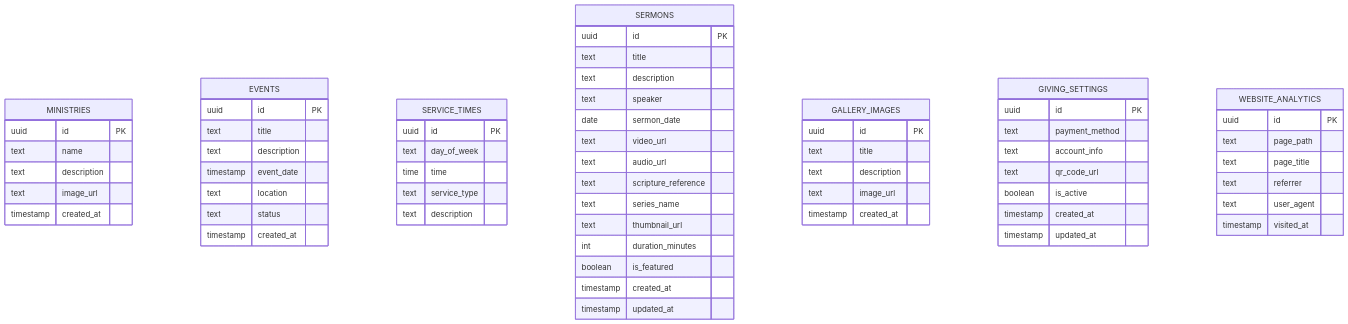
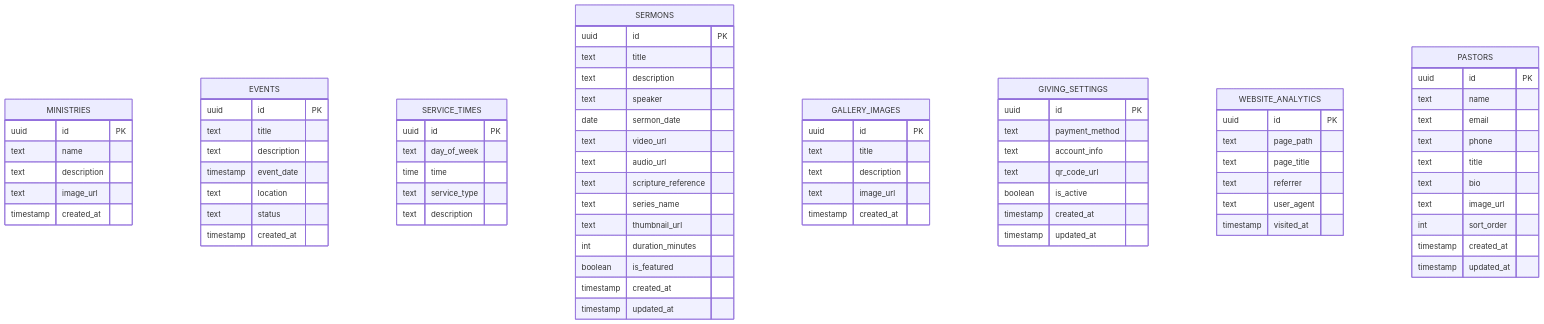
Before and after one commit to Thalanas110/icarewebsitenew: the fourth of 5 diagrams in documentations/ARCHITECTURE.md, drawn with Mermaid. The commit also changed other lines of this file and 7 other files, not shown here.

````diff
--- a/documentations/ARCHITECTURE.md
+++ b/documentations/ARCHITECTURE.md
@@ -390,4 +405,17 @@
         text user_agent
         timestamp visited_at
     }
+    
+    PASTORS {
+        uuid id PK
+        text name
+        text email
+        text phone
+        text title
+        text bio
+        text image_url
+        int sort_order
+        timestamp created_at
+        timestamp updated_at
+    }
 ```
````
